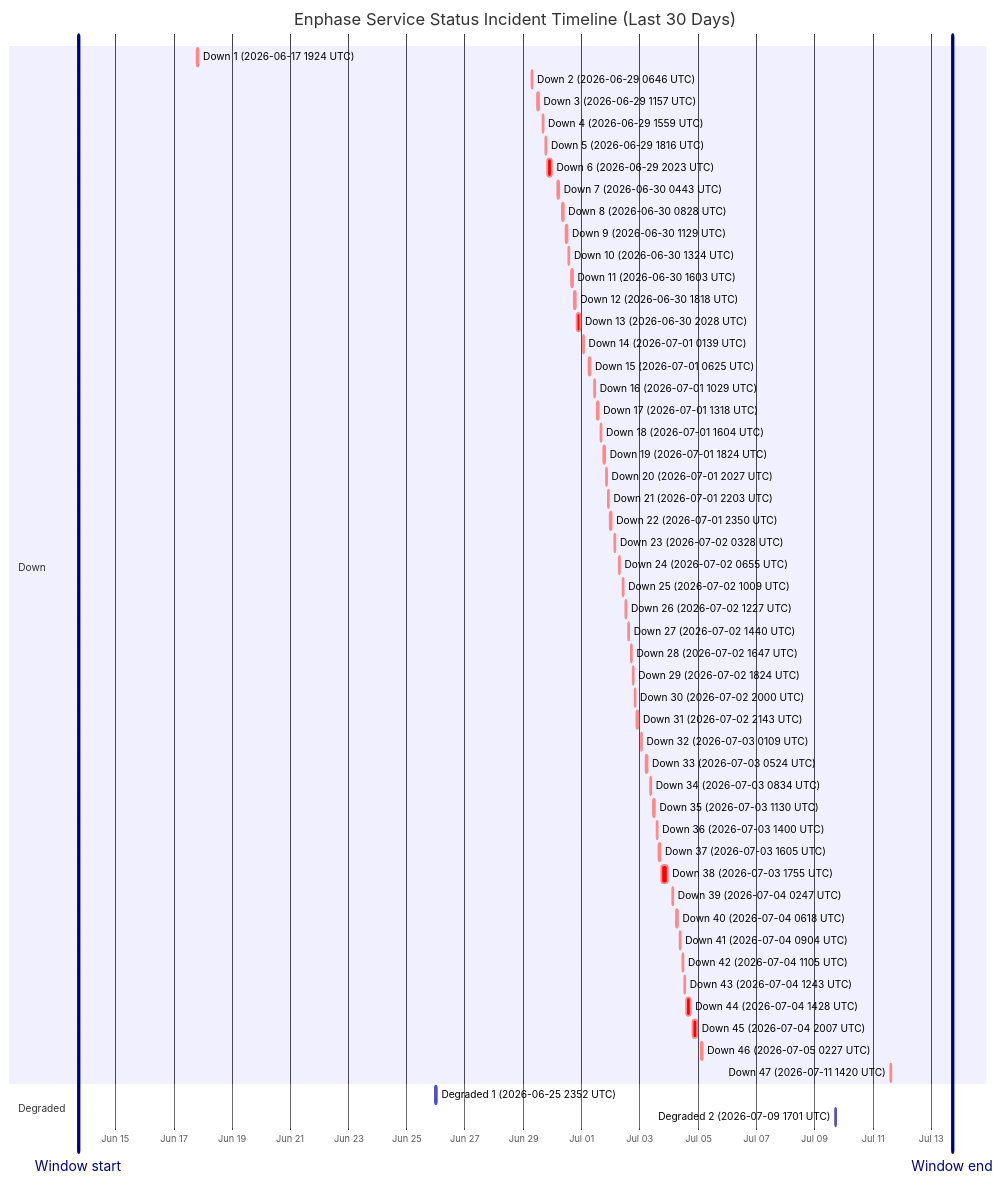
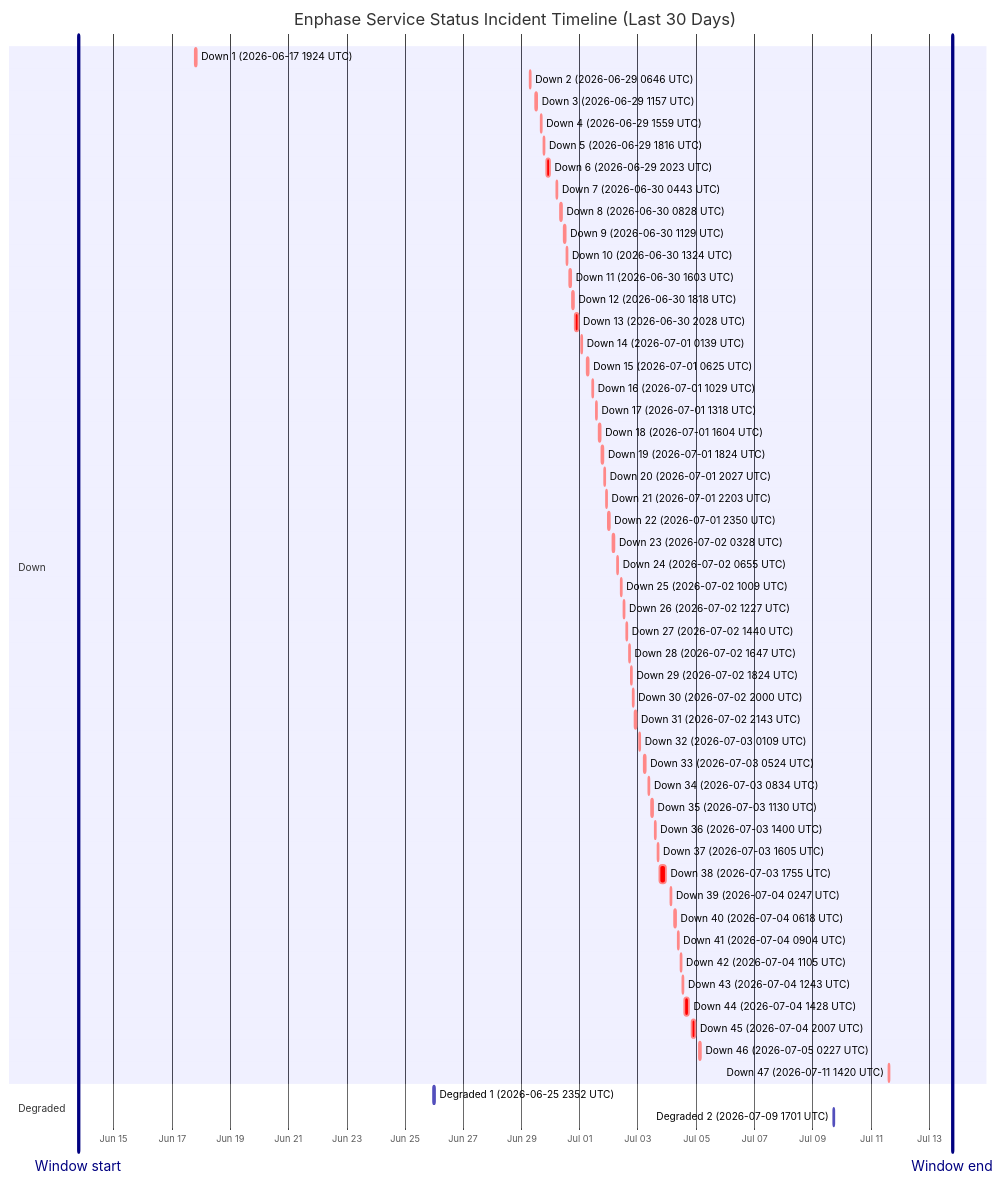
The diagram in wiki/Service-Status-History.md (barneyonline/ha-enphase-energy), drawn with Mermaid before and after one commit. The commit also changed other lines of this file and 3 other files, not shown here.

````diff
--- a/wiki/Service-Status-History.md
+++ b/wiki/Service-Status-History.md
@@ -14,59 +14,59 @@
 ```mermaid
 gantt
     title Enphase Service Status Incident Timeline (Last 30 Days)
     dateFormat  YYYY-MM-DDTHH:mm:ss
     axisFormat  %b %d
-    Window start :vert, window-start, 2026-06-13T17:29:58, 0ms
-    Window end :vert, window-end, 2026-07-13T17:29:58, 0ms
+    Window start :vert, window-start, 2026-06-13T18:58:07, 0ms
+    Window end :vert, window-end, 2026-07-13T18:58:07, 0ms
     section Down
     Down 1 (2026-06-17 1924 UTC) :crit, down-1, 2026-06-17T19:24:51, 60m
     Down 2 (2026-06-29 0646 UTC) :crit, down-2, 2026-06-29T06:46:18, 60m
     Down 3 (2026-06-29 1157 UTC) :crit, down-3, 2026-06-29T11:57:36, 60m
     Down 4 (2026-06-29 1559 UTC) :crit, down-4, 2026-06-29T15:59:02, 60m
     Down 5 (2026-06-29 1816 UTC) :crit, down-5, 2026-06-29T18:16:38, 60m
     Down 6 (2026-06-29 2023 UTC) :crit, down-6, 2026-06-29T20:23:16, 220m
     Down 7 (2026-06-30 0443 UTC) :crit, down-7, 2026-06-30T04:43:54, 60m
     Down 8 (2026-06-30 0828 UTC) :crit, down-8, 2026-06-30T08:28:43, 60m
     Down 9 (2026-06-30 1129 UTC) :crit, down-9, 2026-06-30T11:29:15, 60m
     Down 10 (2026-06-30 1324 UTC) :crit, down-10, 2026-06-30T13:24:25, 60m
     Down 11 (2026-06-30 1603 UTC) :crit, down-11, 2026-06-30T16:03:26, 60m
     Down 12 (2026-06-30 1818 UTC) :crit, down-12, 2026-06-30T18:18:39, 60m
     Down 13 (2026-06-30 2028 UTC) :crit, down-13, 2026-06-30T20:28:54, 171m
     Down 14 (2026-07-01 0139 UTC) :crit, down-14, 2026-07-01T01:39:18, 60m
     Down 15 (2026-07-01 0625 UTC) :crit, down-15, 2026-07-01T06:25:35, 60m
     Down 16 (2026-07-01 1029 UTC) :crit, down-16, 2026-07-01T10:29:24, 60m
     Down 17 (2026-07-01 1318 UTC) :crit, down-17, 2026-07-01T13:18:31, 60m
     Down 18 (2026-07-01 1604 UTC) :crit, down-18, 2026-07-01T16:04:29, 60m
     Down 19 (2026-07-01 1824 UTC) :crit, down-19, 2026-07-01T18:24:21, 60m
     Down 20 (2026-07-01 2027 UTC) :crit, down-20, 2026-07-01T20:27:17, 60m
     Down 21 (2026-07-01 2203 UTC) :crit, down-21, 2026-07-01T22:03:46, 60m
     Down 22 (2026-07-01 2350 UTC) :crit, down-22, 2026-07-01T23:50:52, 60m
     Down 23 (2026-07-02 0328 UTC) :crit, down-23, 2026-07-02T03:28:33, 60m
     Down 24 (2026-07-02 0655 UTC) :crit, down-24, 2026-07-02T06:55:07, 60m
     Down 25 (2026-07-02 1009 UTC) :crit, down-25, 2026-07-02T10:09:15, 60m
     Down 26 (2026-07-02 1227 UTC) :crit, down-26, 2026-07-02T12:27:49, 60m
     Down 27 (2026-07-02 1440 UTC) :crit, down-27, 2026-07-02T14:40:53, 60m
     Down 28 (2026-07-02 1647 UTC) :crit, down-28, 2026-07-02T16:47:47, 60m
     Down 29 (2026-07-02 1824 UTC) :crit, down-29, 2026-07-02T18:24:26, 60m
     Down 30 (2026-07-02 2000 UTC) :crit, down-30, 2026-07-02T20:00:57, 60m
     Down 31 (2026-07-02 2143 UTC) :crit, down-31, 2026-07-02T21:43:52, 80m
     Down 32 (2026-07-03 0109 UTC) :crit, down-32, 2026-07-03T01:09:19, 60m
     Down 33 (2026-07-03 0524 UTC) :crit, down-33, 2026-07-03T05:24:23, 60m
     Down 34 (2026-07-03 0834 UTC) :crit, down-34, 2026-07-03T08:34:05, 60m
     Down 35 (2026-07-03 1130 UTC) :crit, down-35, 2026-07-03T11:30:41, 60m
     Down 36 (2026-07-03 1400 UTC) :crit, down-36, 2026-07-03T14:00:48, 60m
     Down 37 (2026-07-03 1605 UTC) :crit, down-37, 2026-07-03T16:05:49, 60m
     Down 38 (2026-07-03 1755 UTC) :crit, down-38, 2026-07-03T17:55:54, 338m
     Down 39 (2026-07-04 0247 UTC) :crit, down-39, 2026-07-04T02:47:22, 60m
     Down 40 (2026-07-04 0618 UTC) :crit, down-40, 2026-07-04T06:18:09, 60m
     Down 41 (2026-07-04 0904 UTC) :crit, down-41, 2026-07-04T09:04:41, 60m
     Down 42 (2026-07-04 1105 UTC) :crit, down-42, 2026-07-04T11:05:21, 60m
     Down 43 (2026-07-04 1243 UTC) :crit, down-43, 2026-07-04T12:43:25, 60m
     Down 44 (2026-07-04 1428 UTC) :crit, down-44, 2026-07-04T14:28:07, 243m
     Down 45 (2026-07-04 2007 UTC) :crit, down-45, 2026-07-04T20:07:50, 206m
     Down 46 (2026-07-05 0227 UTC) :crit, down-46, 2026-07-05T02:27:32, 109m
     Down 47 (2026-07-11 1420 UTC) :crit, down-47, 2026-07-11T14:20:54, 69m
     section Degraded
     Degraded 1 (2026-06-25 2352 UTC) :active, degraded-1, 2026-06-25T23:52:01, 60m
     Degraded 2 (2026-07-09 1701 UTC) :active, degraded-2, 2026-07-09T17:01:02, 60m
 ```
````
